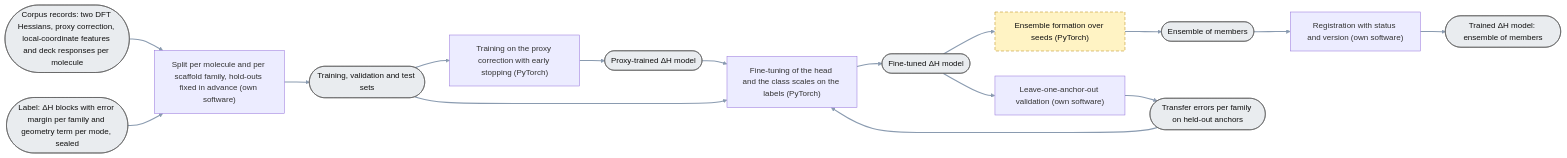
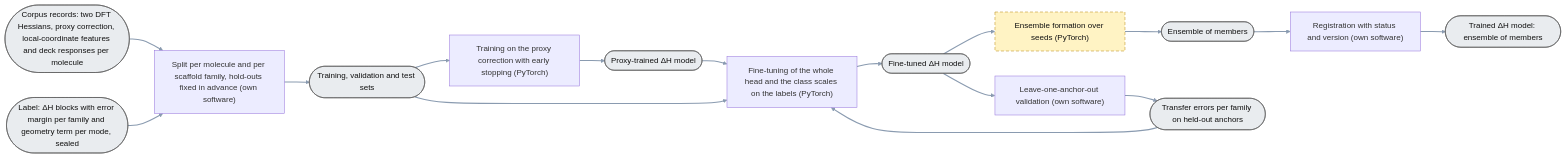
The diagram in plans/05_delta-probed-ir-pipeline/GoalGathering/architecture/60_training.mmd (thebreadishard/udacity-capstone-plan), drawn with Mermaid before and after one commit. The commit also changed 9 other files, not shown here.

```diff
--- a/plans/05_delta-probed-ir-pipeline/GoalGathering/architecture/60_training.mmd
+++ b/plans/05_delta-probed-ir-pipeline/GoalGathering/architecture/60_training.mmd
@@ -1,31 +1,33 @@
 %% Training (level 3): from corpus records and labels comes the trained ΔH model. Target architecture. The assessment (test, licence, calibration) is on sheet 7.
 %% Rectangle = process step (operation + software); rounded ends = data object (the thing). Every step yields one data object. Dashed = not built yet.
 %% 7 October 2026: redrawn to the built route — training on the proxy correction with early stopping on an inner validation split, fine-tuning of the head
 %% and the class scales on the anchor labels with leave-one-anchor-out validation, every saved model registered with a status and a version; reads run
 %% only on carried models. The ensemble over seeds is read as seed means; an ensemble object with spread is not built yet.
+%% 26 October 2026: the fine-tune trains every layer of the head with the class scales (the last layer alone could not fit the CC
+%% out-of-plane correction).
 flowchart LR
   linkStyle default stroke:#8a9bb0,stroke-width:2.2px
   classDef planned stroke-dasharray: 6 4,stroke:#b8860b,fill:#fff3c4,color:#111
   classDef data fill:#e9ecef,stroke:#555,color:#111
 
   CORP(["Corpus records: two DFT Hessians, proxy correction, local-coordinate features and deck responses per molecule"]):::data
   LAB(["Label: ΔH blocks with error margin per family and geometry term per mode, sealed"]):::data
   SPLIT["Split per molecule and per scaffold family, hold-outs fixed in advance (own software)"]
   SETS(["Training, validation and test sets"]):::data
   PRE["Training on the proxy correction with early stopping (PyTorch)"]
   PRENET(["Proxy-trained ΔH model"]):::data
-  FT["Fine-tuning of the head and the class scales on the labels (PyTorch)"]
+  FT["Fine-tuning of the whole head and the class scales on the labels (PyTorch)"]
   FTNET(["Fine-tuned ΔH model"]):::data
   VAL["Leave-one-anchor-out validation (own software)"]
   VALR(["Transfer errors per family on held-out anchors"]):::data
   ENSF["Ensemble formation over seeds (PyTorch)"]:::planned
   MEMB(["Ensemble of members"]):::data
   REG["Registration with status and version (own software)"]
   ENS(["Trained ΔH model: ensemble of members"]):::data
 
   CORP --> SPLIT
   LAB --> SPLIT
   SPLIT --> SETS
   SETS --> PRE --> PRENET --> FT --> FTNET --> ENSF --> MEMB --> REG --> ENS
   SETS --> FT
   FTNET --> VAL --> VALR --> FT
```
